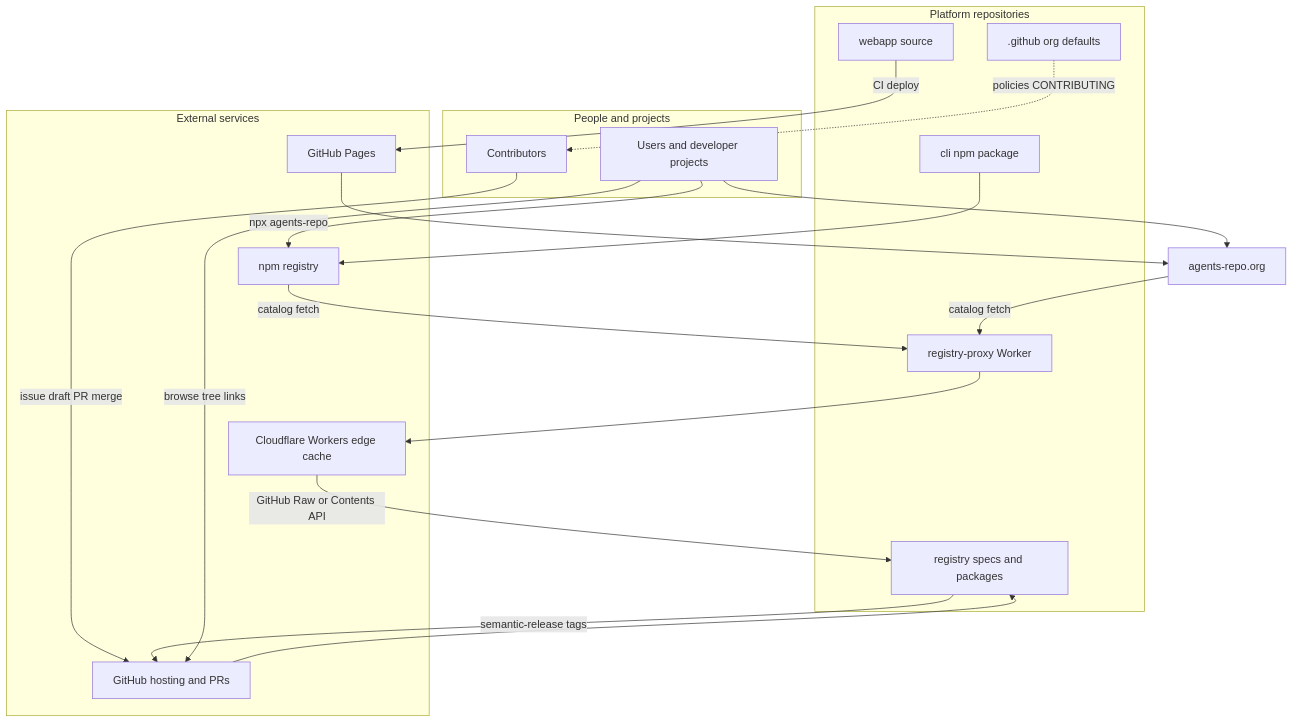
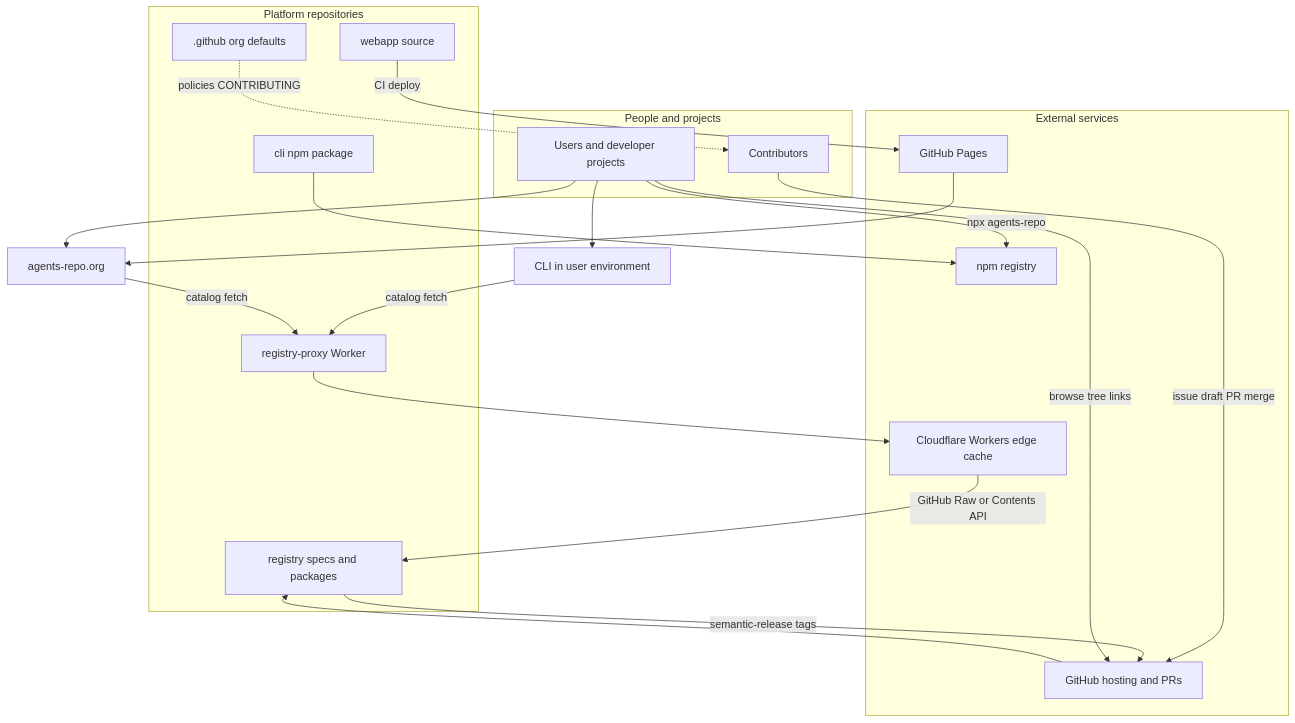
Before and after one commit to agents-repo/.github: the first of 4 diagrams in docs/ecosystem.md, drawn with Mermaid.

Commit message:
docs: show CLI catalog fetch from user environment
Remove misleading npm-to-proxy edge; CLI runs locally after npx install.

````diff
--- a/docs/ecosystem.md
+++ b/docs/ecosystem.md
@@ -14,40 +14,41 @@
 ```mermaid
 flowchart TB
   subgraph orgRepos [Platform repositories]
     Registry[registry specs and packages]
     Proxy[registry-proxy Worker]
     WebappRepo[webapp source]
     CliRepo[cli npm package]
     OrgGithub[.github org defaults]
   end
 
   subgraph external [External services]
     GitHub[GitHub hosting and PRs]
     Cloudflare[Cloudflare Workers edge cache]
     Npm[npm registry]
     Pages[GitHub Pages]
   end
 
   subgraph users [People and projects]
     Contributor[Contributors]
     EndUser[Users and developer projects]
   end
 
   Contributor -->|issue draft PR merge| GitHub
   GitHub --> Registry
   Registry -->|semantic-release tags| GitHub
 
   WebappRepo -->|CI deploy| Pages
   Pages --> Site[agents-repo.org]
   CliRepo --> Npm
 
   EndUser --> Site
   EndUser -->|npx agents-repo| Npm
+  EndUser --> CliRun[CLI in user environment]
+  CliRun -->|catalog fetch| Proxy
   Site -->|catalog fetch| Proxy
-  Npm -->|catalog fetch| Proxy
   Proxy --> Cloudflare
   Cloudflare -->|GitHub Raw or Contents API| Registry
 
   EndUser -->|browse tree links| GitHub
   OrgGithub -.->|policies CONTRIBUTING| Contributor
 ```
````
